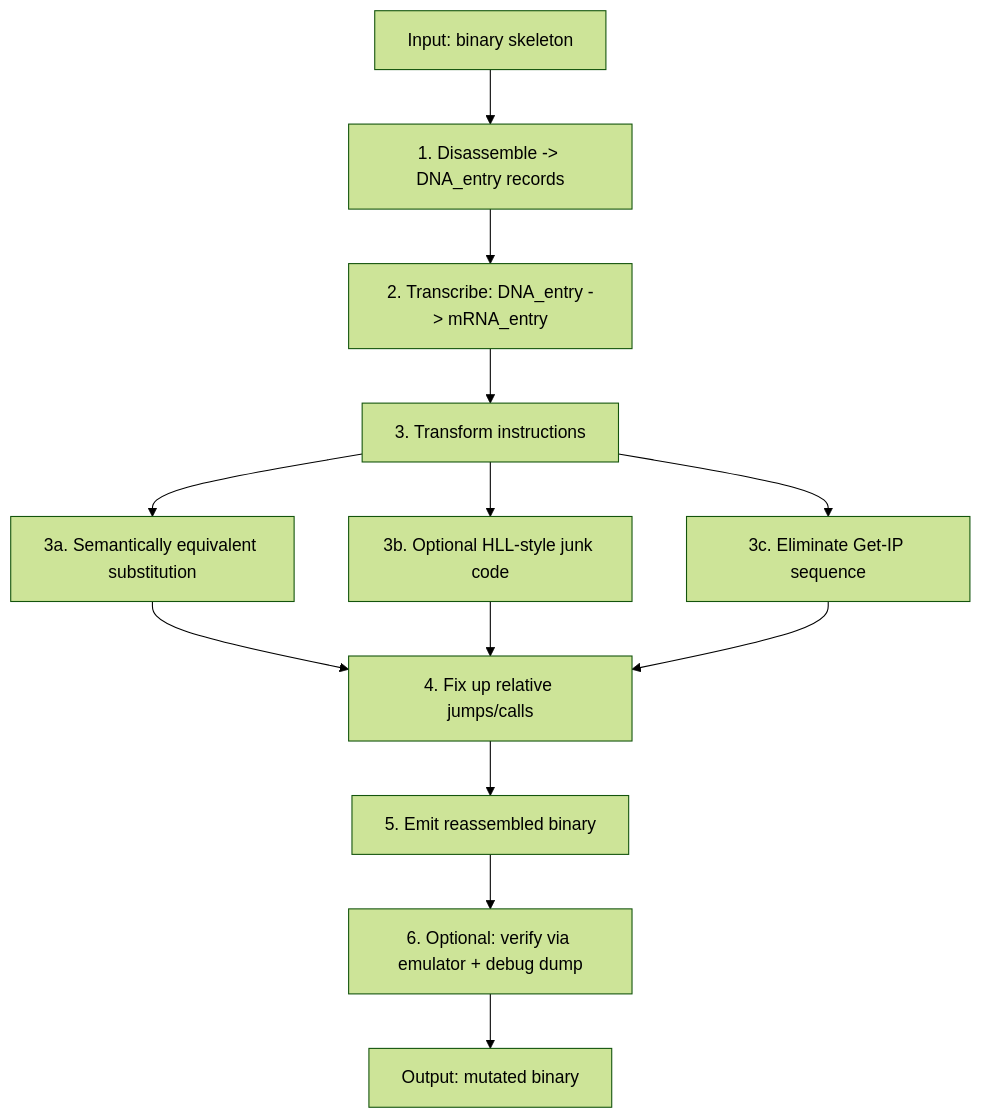
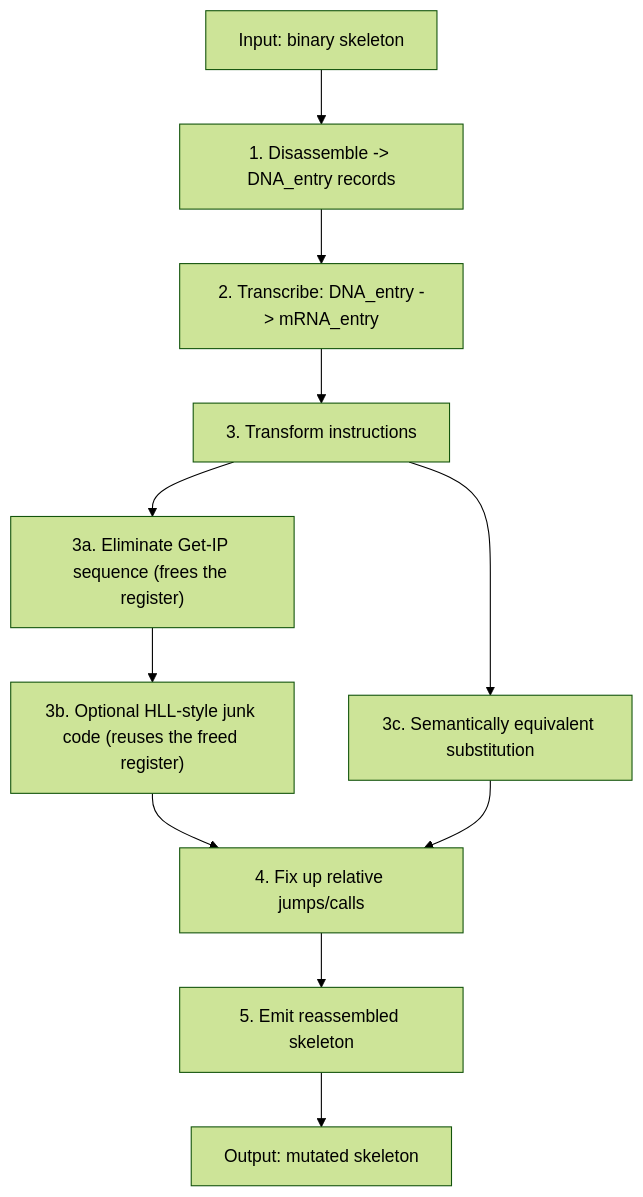
Before and after one commit to andrei-ag/rme: the diagram in README.md, drawn with Mermaid (forest theme). The commit also changed other lines of this file, not shown here.

````diff
--- a/README.md
+++ b/README.md
@@ -81,15 +101,13 @@
 ```mermaid
 flowchart TD
     A[Input: binary skeleton] --> B["1. Disassemble -> DNA_entry records"]
     B --> C["2. Transcribe: DNA_entry -> mRNA_entry"]
     C --> D["3. Transform instructions"]
-    D --> D1["3a. Semantically equivalent substitution"]
-    D --> D2["3b. Optional HLL-style junk code"]
-    D --> D3["3c. Eliminate Get-IP sequence"]
-    D1 --> E["4. Fix up relative jumps/calls"]
-    D2 --> E
+    D --> D1["3a. Eliminate Get-IP sequence (frees the register)"]
+    D1 --> D2["3b. Optional HLL-style junk code (reuses the freed register)"]
+    D --> D3["3c. Semantically equivalent substitution"]
+    D2 --> E["4. Fix up relative jumps/calls"]
     D3 --> E
-    E --> F["5. Emit reassembled binary"]
-    F --> G["6. Optional: verify via emulator + debug dump"]
-    G --> H[Output: mutated binary]
+    E --> F["5. Emit reassembled skeleton"]
+    F --> G[Output: mutated skeleton]
 ```
````
